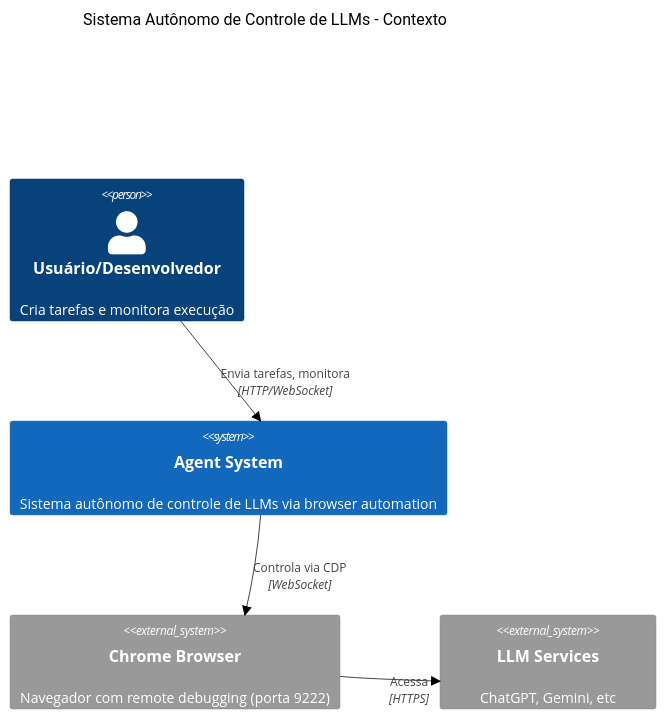
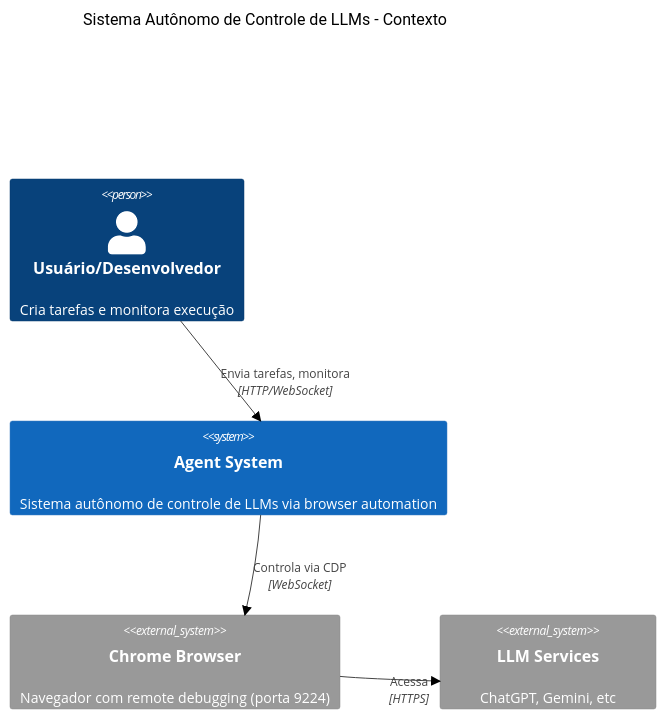
One commit to Ilenburg1993/chatgpt-docker-puppeteer changed the first of 11 diagrams in DOCUMENTAÇÃO/ARCHITECTURE_DIAGRAMS.md. Above: the diagram before and after it, drawn with Mermaid (forest theme). The commit also changed other lines of this file and 388 other files, not shown here.

````diff
--- a/DOCUMENTAÇÃO/ARCHITECTURE_DIAGRAMS.md
+++ b/DOCUMENTAÇÃO/ARCHITECTURE_DIAGRAMS.md
@@ -7,13 +7,13 @@
 ```mermaid
 C4Context
     title Sistema Autônomo de Controle de LLMs - Contexto
 
     Person(user, "Usuário/Desenvolvedor", "Cria tarefas e monitora execução")
     System(agent, "Agent System", "Sistema autônomo de controle de LLMs via browser automation")
-    System_Ext(chrome, "Chrome Browser", "Navegador com remote debugging (porta 9222)")
+    System_Ext(chrome, "Chrome Browser", "Navegador com remote debugging (porta 9224)")
     System_Ext(llm, "LLM Services", "ChatGPT, Gemini, etc")
 
     Rel(user, agent, "Envia tarefas, monitora", "HTTP/WebSocket")
     Rel(agent, chrome, "Controla via CDP", "WebSocket")
     Rel(chrome, llm, "Acessa", "HTTPS")
 ```
````
